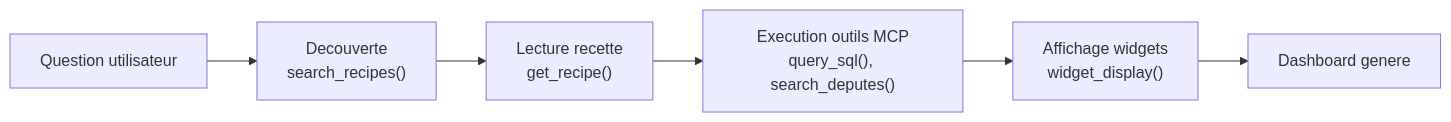
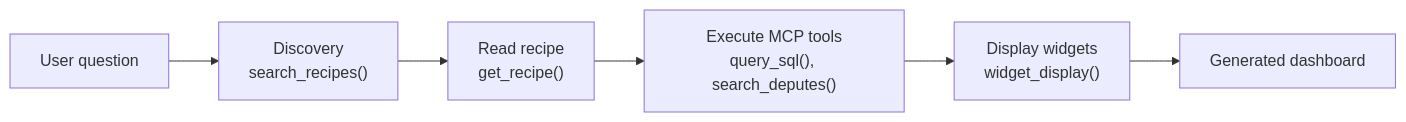
One commit to jeanbaptiste/webmcp-auto-ui changed the fourth of 5 diagrams in docs/starlight/src/content/docs/concepts/mcp.md. Above: the diagram before and after it, drawn with Mermaid. The commit also changed other lines of this file and 94 other files, not shown here.

````diff
--- a/docs/starlight/src/content/docs/concepts/mcp.md
+++ b/docs/starlight/src/content/docs/concepts/mcp.md
@@ -241,8 +241,8 @@
 ```mermaid
 graph LR
-    Q["Question utilisateur"] --> D["Decouverte<br/>search_recipes()"]
-    D --> R["Lecture recette<br/>get_recipe()"]
-    R --> E["Execution outils MCP<br/>query_sql(), search_deputes()"]
-    E --> W["Affichage widgets<br/>widget_display()"]
-    W --> C["Dashboard genere"]
+    Q["User question"] --> D["Discovery<br/>search_recipes()"]
+    D --> R["Read recipe<br/>get_recipe()"]
+    R --> E["Execute MCP tools<br/>query_sql(), search_deputes()"]
+    E --> W["Display widgets<br/>widget_display()"]
+    W --> C["Generated dashboard"]
 ```
````
